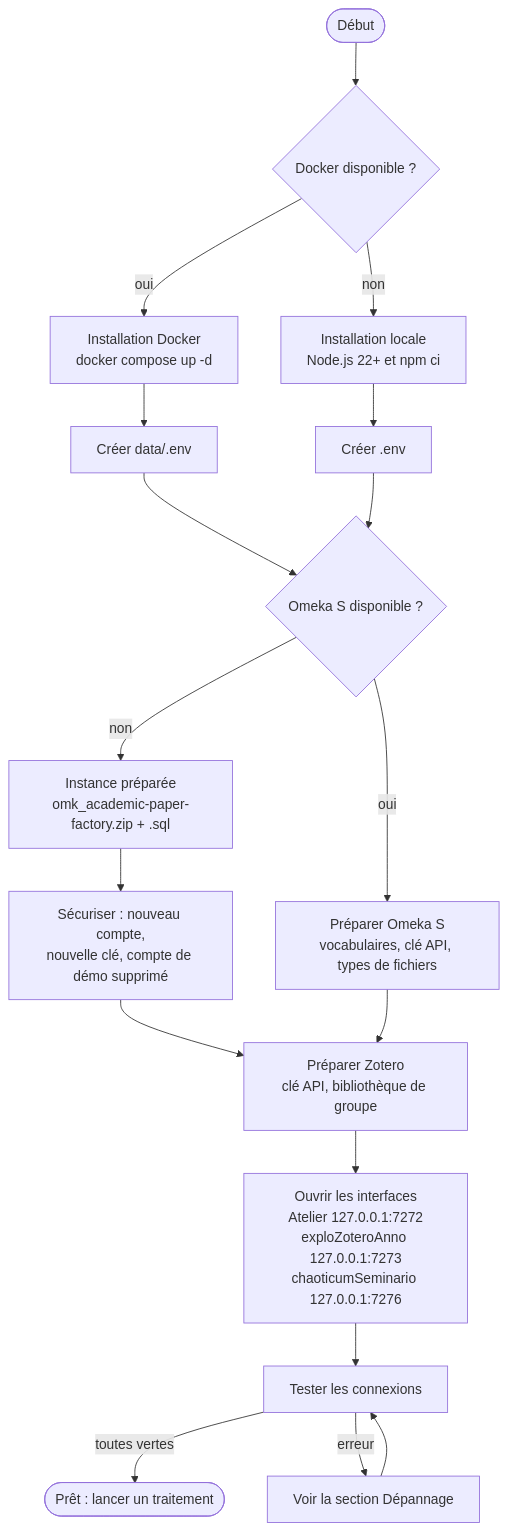
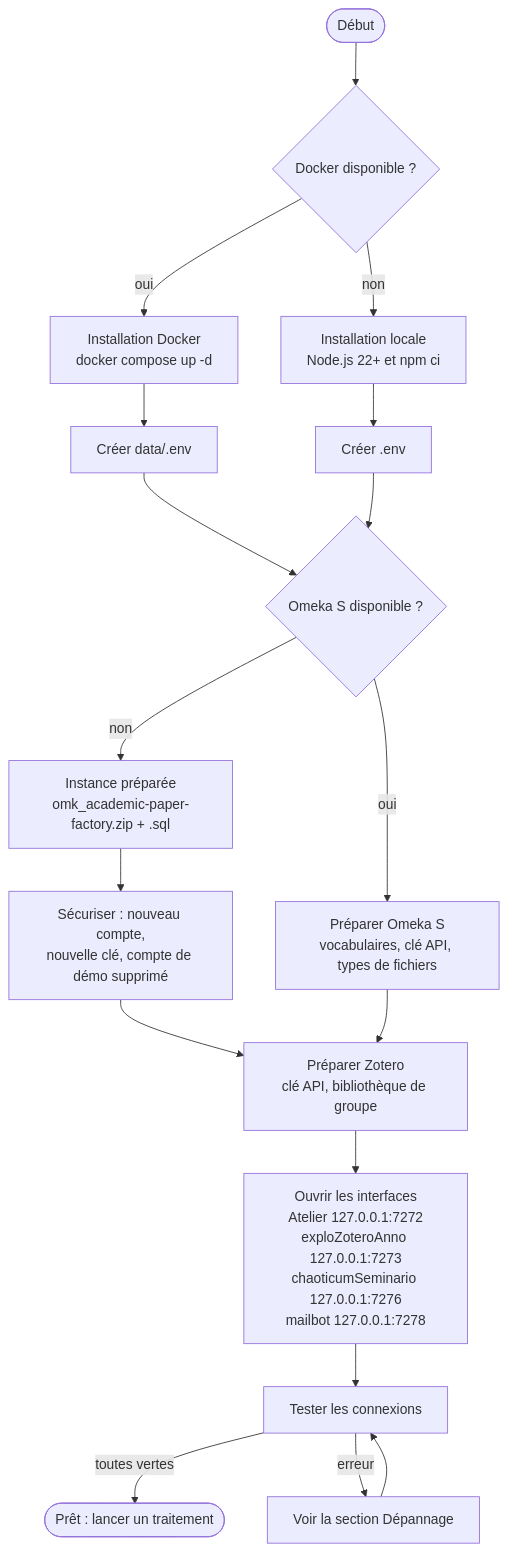
Before and after one commit to samszo/ecosysteme-agents-recherche: the first of 5 diagrams in docs/installation.md, drawn with Mermaid. The commit also changed other lines of this file and 42 other files, not shown here.

````diff
--- a/docs/installation.md
+++ b/docs/installation.md
@@ -5,20 +5,20 @@
 ```mermaid
 flowchart TD
     A([Début]) --> B{Docker disponible ?}
     B -- oui --> C[Installation Docker<br/>docker compose up -d]
     B -- non --> D[Installation locale<br/>Node.js 22+ et npm ci]
     C --> E[Créer data/.env]
     D --> F[Créer .env]
     E --> O{Omeka S disponible ?}
     F --> O
     O -- oui --> G[Préparer Omeka S<br/>vocabulaires, clé API, types de fichiers]
     O -- non --> P[Instance préparée<br/>omk_academic-paper-factory.zip + .sql]
     P --> S[Sécuriser : nouveau compte,<br/>nouvelle clé, compte de démo supprimé]
     S --> H
     G --> H[Préparer Zotero<br/>clé API, bibliothèque de groupe]
-    H --> I[Ouvrir les interfaces<br/>Atelier 127.0.0.1:7272<br/>exploZoteroAnno 127.0.0.1:7273<br/>chaoticumSeminario 127.0.0.1:7276]
+    H --> I[Ouvrir les interfaces<br/>Atelier 127.0.0.1:7272<br/>exploZoteroAnno 127.0.0.1:7273<br/>chaoticumSeminario 127.0.0.1:7276<br/>mailbot 127.0.0.1:7278]
     I --> J[Tester les connexions]
     J -- toutes vertes --> K([Prêt : lancer un traitement])
     J -- erreur --> L[Voir la section Dépannage]
     L --> J
 ```
````
